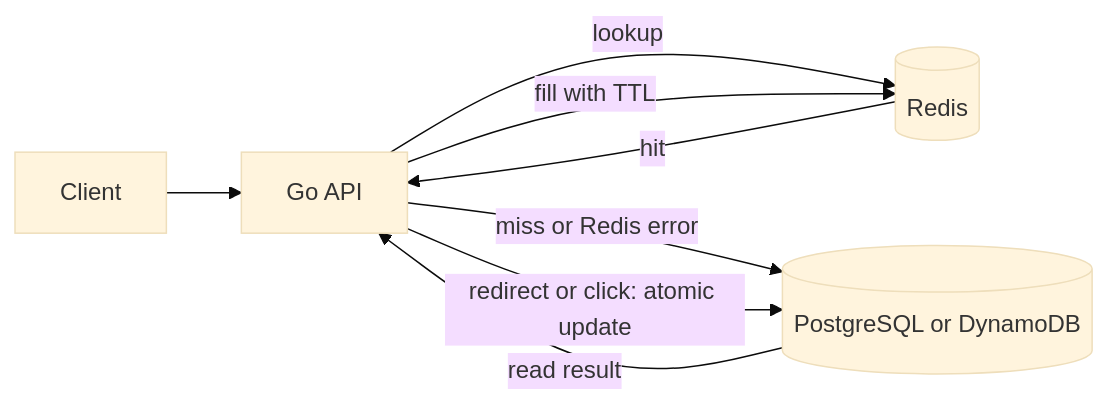
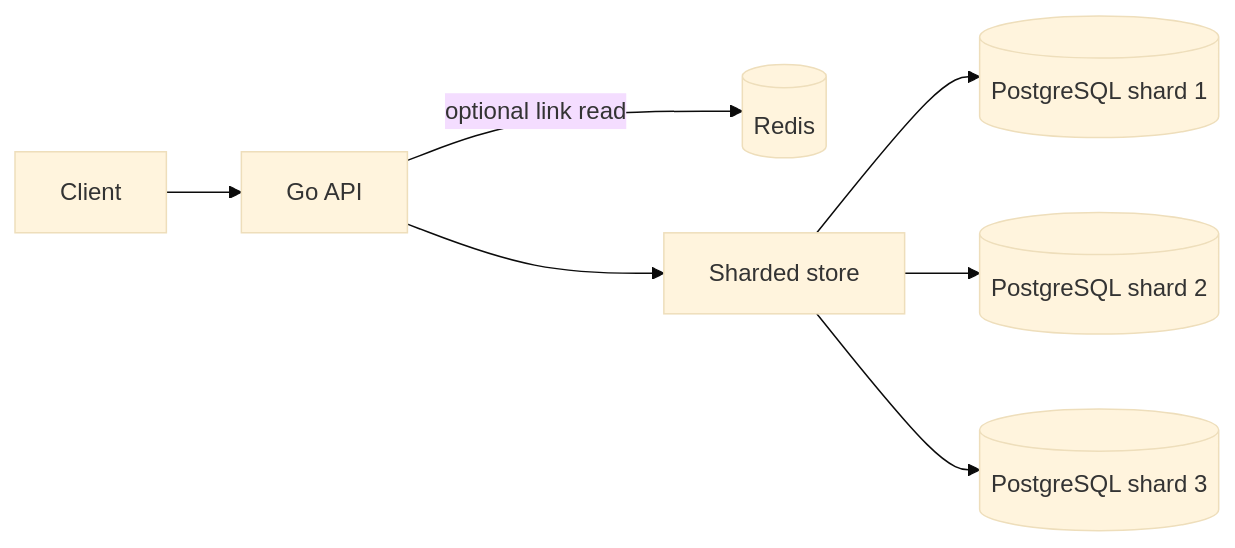
Before and after one commit to ryanphillips919/aws-systems-performance: the second of 2 diagrams in README.md, drawn with Mermaid (base theme). The commit also changed other lines of this file and 16 other files, not shown here.

Commit message:
Add PostgreSQL sharding and consistent hashing

````diff
--- a/README.md
+++ b/README.md
@@ -127,10 +141,9 @@
 ```mermaid
 flowchart LR
-    Client --> API[Go API]
-    API -->|lookup| Redis[(Redis)]
-    Redis -->|hit| API
-    API -->|miss or Redis error| DB[(PostgreSQL or DynamoDB)]
-    DB -->|read result| API
-    API -->|fill with TTL| Redis
-    API -->|redirect or click: atomic update| DB
+    C[Client] --> A[Go API]
+    A -->|optional link read| R[(Redis)]
+    A --> S[Sharded store]
+    S --> P1[(PostgreSQL shard 1)]
+    S --> P2[(PostgreSQL shard 2)]
+    S --> P3[(PostgreSQL shard 3)]
 ```
````
